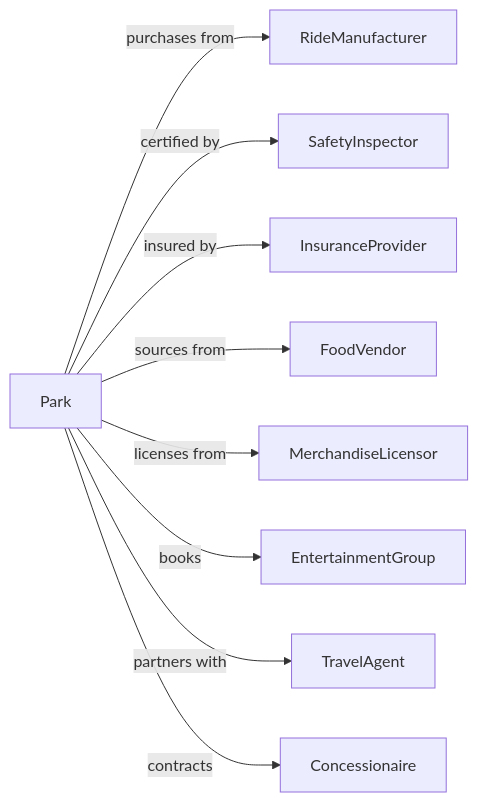
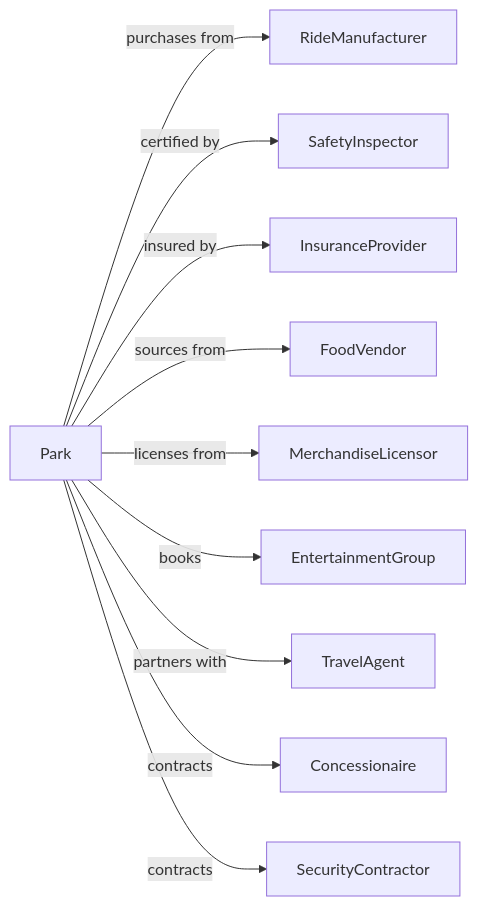
The second of 2 diagrams in Arts/AmusementGamblingAndRecreationIndustries/AmusementParksAndArcades/AmusementAndThemeParks.mdx (dot-org-ai/industries.org.ai), drawn with Mermaid before and after one commit. The commit also changed other lines of this file and 588 other files, not shown here.

````diff
--- a/Arts/AmusementGamblingAndRecreationIndustries/AmusementParksAndArcades/AmusementAndThemeParks.mdx
+++ b/Arts/AmusementGamblingAndRecreationIndustries/AmusementParksAndArcades/AmusementAndThemeParks.mdx
@@ -128,13 +128,14 @@
 ```mermaid
 graph LR
     P[Park]
 
     P -->|purchases from| RideManufacturer
     P -->|certified by| SafetyInspector
     P -->|insured by| InsuranceProvider
     P -->|sources from| FoodVendor
     P -->|licenses from| MerchandiseLicensor
     P -->|books| EntertainmentGroup
     P -->|partners with| TravelAgent
     P -->|contracts| Concessionaire
+    P -->|contracts| SecurityContractor
 ```
````
